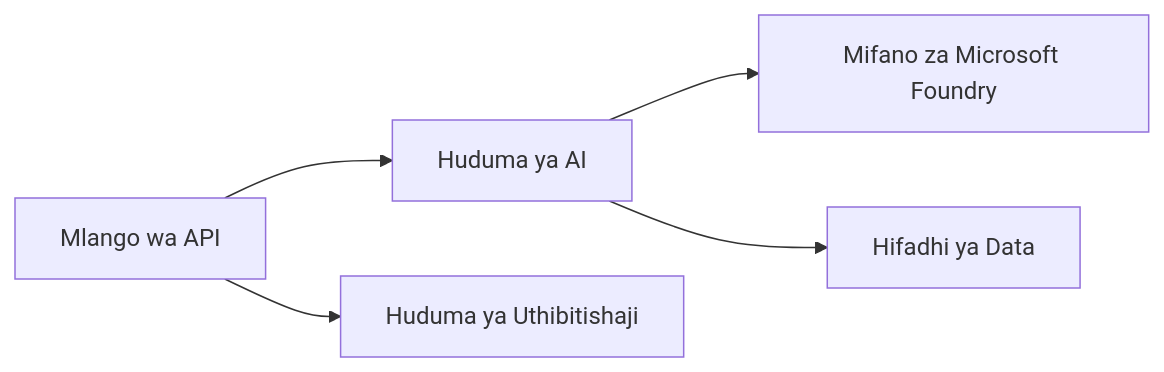
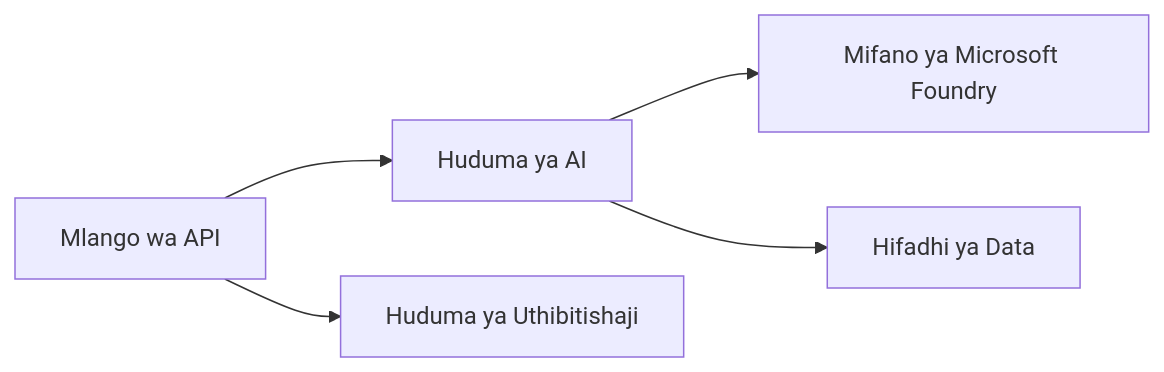
The first of 2 diagrams in translations/sw/docs/chapter-08-production/README.md (microsoft/AZD-for-beginners), drawn with Mermaid before and after one commit. The commit also changed other lines of this file and 104 other files, not shown here.

````diff
--- a/translations/sw/docs/chapter-08-production/README.md
+++ b/translations/sw/docs/chapter-08-production/README.md
@@ -48,6 +48,6 @@
 ```mermaid
 graph LR
-    Gateway[Mlango wa API] --> AI[Huduma ya AI] --> Models[Mifano za Microsoft Foundry]
+    Gateway[Mlango wa API] --> AI[Huduma ya AI] --> Models[Mifano ya Microsoft Foundry]
     Gateway --> Auth[Huduma ya Uthibitishaji]
     AI --> Data[Hifadhi ya Data]
 ```
````
